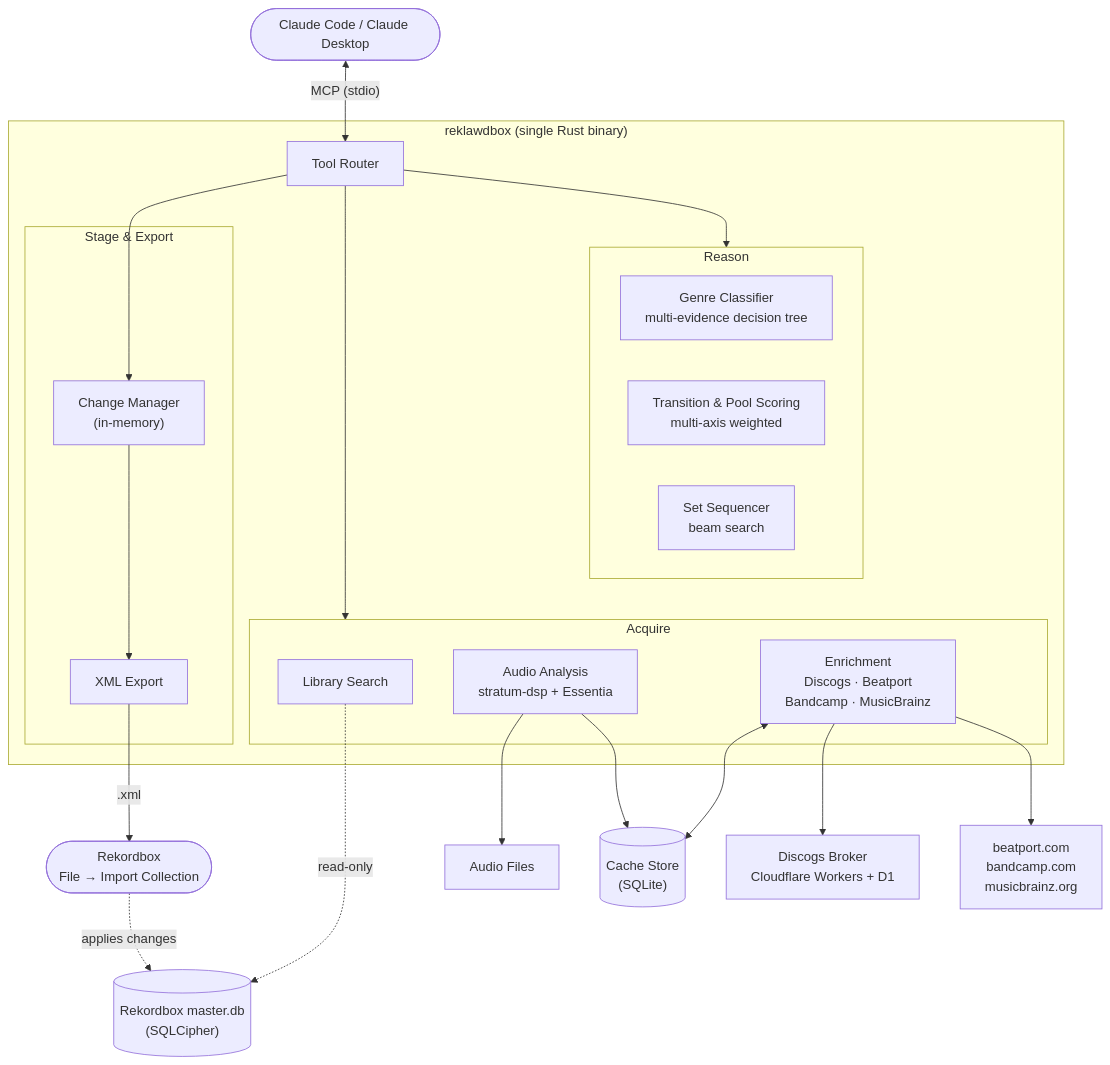
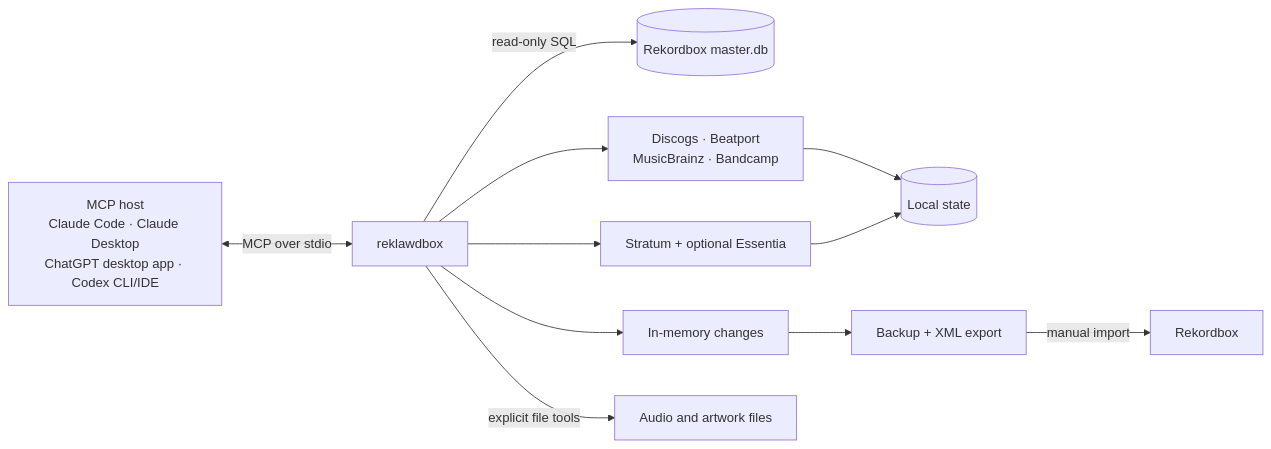
One commit to ryan-voitiskis/reklawdbox changed the diagram in README.md. Above: the diagram before and after it, drawn with Mermaid. The commit also changed other lines of this file, not shown here.

````diff
--- a/README.md
+++ b/README.md
@@ -42,41 +137,16 @@
 ```mermaid
-flowchart TB
-    claude(["Claude Code / Claude Desktop"])
-    claude <-->|"MCP (stdio)"| router
+flowchart LR
+    host["MCP host<br/>Claude Code · Claude Desktop<br/>ChatGPT desktop app · Codex CLI/IDE"] <-->|"MCP over stdio"| app["reklawdbox"]
 
-    subgraph binary["reklawdbox (single Rust binary)"]
-        router["Tool Router"]
+    app -->|"read-only SQL"| db[("Rekordbox master.db")]
+    app --> providers["Discogs · Beatport<br/>MusicBrainz · Bandcamp"]
+    app --> analysis["Stratum + optional Essentia"]
+    providers --> state[("Local state")]
+    analysis --> state
 
-        subgraph acquire["Acquire"]
-            library["Library Search"]
-            analysis["Audio Analysis<br/>stratum-dsp + Essentia"]
-            enrich["Enrichment<br/>Discogs · Beatport<br/>Bandcamp · MusicBrainz"]
-        end
+    app --> staged["In-memory changes"]
+    staged --> export["Backup + XML export"]
+    export -->|"manual import"| rekordbox["Rekordbox"]
 
-        subgraph reason["Reason"]
-            classify["Genre Classifier<br/>multi-evidence decision tree"]
-            scoring["Transition & Pool Scoring<br/>multi-axis weighted"]
-            sets["Set Sequencer<br/>beam search"]
-        end
-
-        subgraph stage["Stage & Export"]
-            changes["Change Manager<br/>(in-memory)"]
-            xml["XML Export"]
-        end
-
-        router --> acquire
-        router --> reason
-        router --> changes
-        changes --> xml
-    end
-
-    library -.->|"read-only"| db[("Rekordbox master.db<br/>(SQLCipher)")]
-    analysis --> files["Audio Files"]
-    enrich <--> cache[("Cache Store<br/>(SQLite)")]
-    analysis --> cache
-    enrich --> broker["Discogs Broker<br/>Cloudflare Workers + D1"]
-    enrich --> apis["beatport.com<br/>bandcamp.com<br/>musicbrainz.org"]
-
-    xml -->|".xml"| rb(["Rekordbox<br/>File → Import Collection"])
-    rb -.->|"applies changes"| db
+    app -->|"explicit file tools"| files["Audio and artwork files"]
 ```
````
